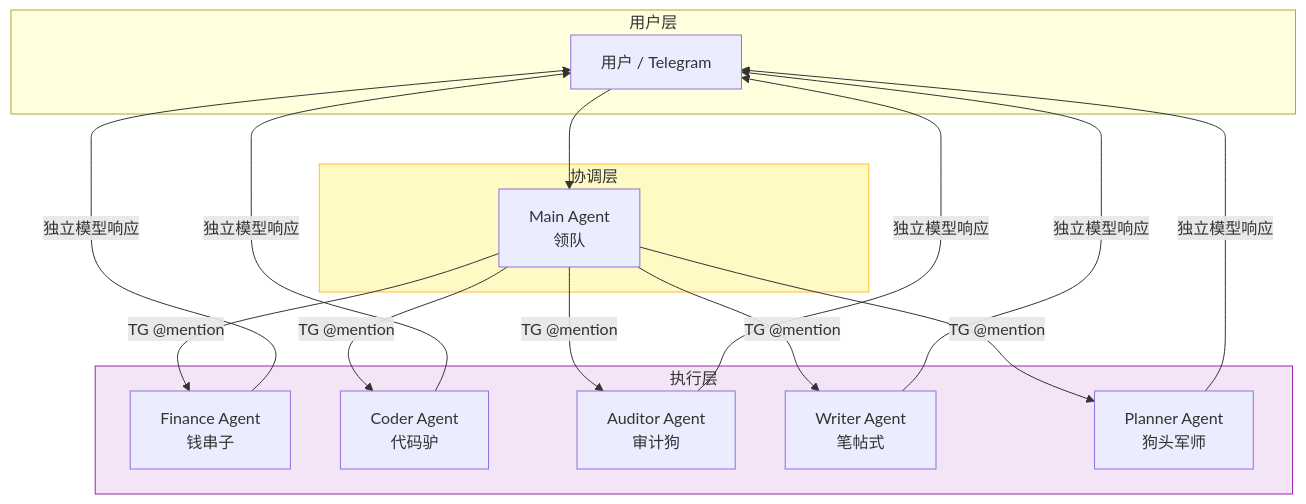
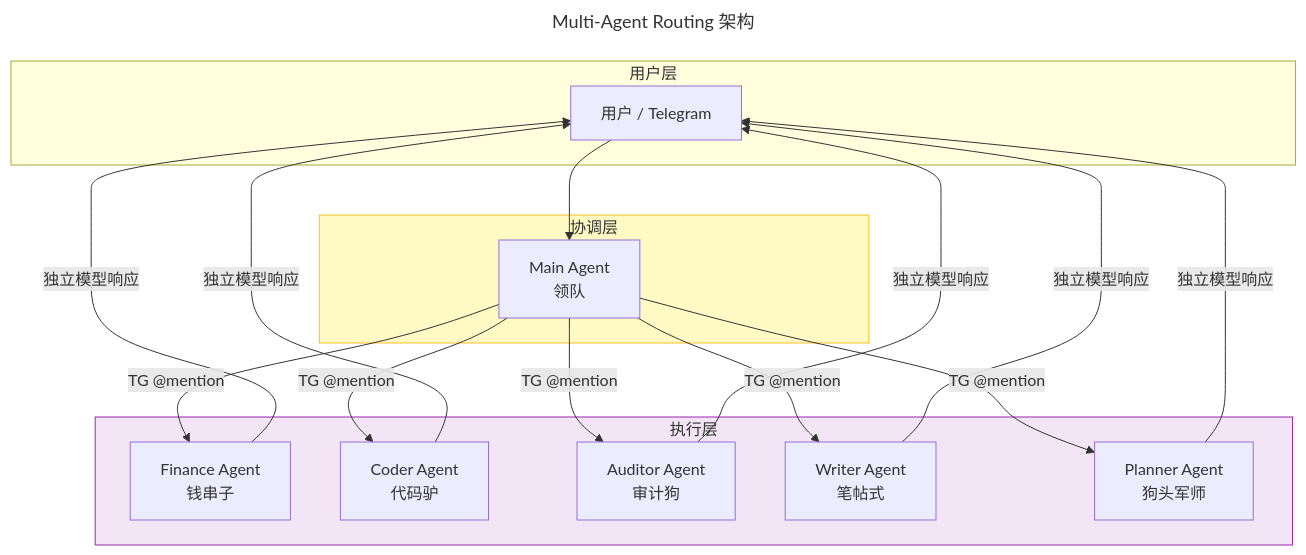
Diagram 14 of 15 in docs/06-data-flow.md (Taotie2002/claude-code-deep-dive), drawn with Mermaid before and after one commit. The commit also changed other lines of this file and 12 other files, not shown here.

````diff
--- a/docs/06-data-flow.md
+++ b/docs/06-data-flow.md
@@ -304,30 +343,33 @@
 ```mermaid
+---
+title: Multi-Agent Routing 架构
+---
 flowchart TD
     subgraph 用户层
         U[用户 / Telegram]
     end
 
     subgraph 协调层
         M[Main Agent<br/>领队]
     end
 
     subgraph 执行层
         F[Finance Agent<br/>钱串子]
         C[Coder Agent<br/>代码驴]
         AU[Auditor Agent<br/>审计狗]
         W[Writer Agent<br/>笔帖式]
         P[Planner Agent<br/>狗头军师]
     end
 
     U --> M
     M -->|TG @mention| F
     M -->|TG @mention| C
     M -->|TG @mention| AU
     M -->|TG @mention| W
     M -->|TG @mention| P
 
     F & C & AU & W & P -->|独立模型响应| U
 
     style 协调层 fill:#fff9c4,stroke:#fbc02d
     style 执行层 fill:#f3e5f5,stroke:#9c27b0
 ```
````
